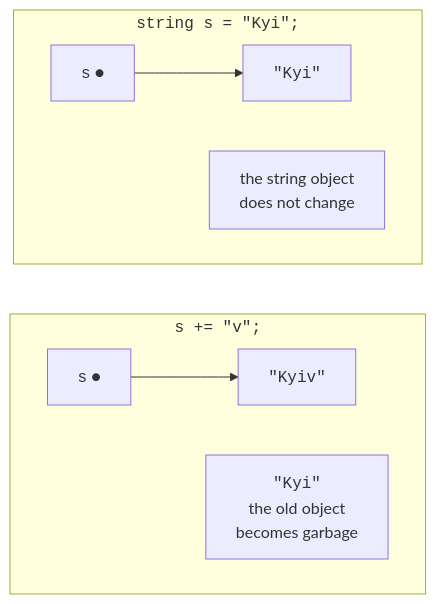
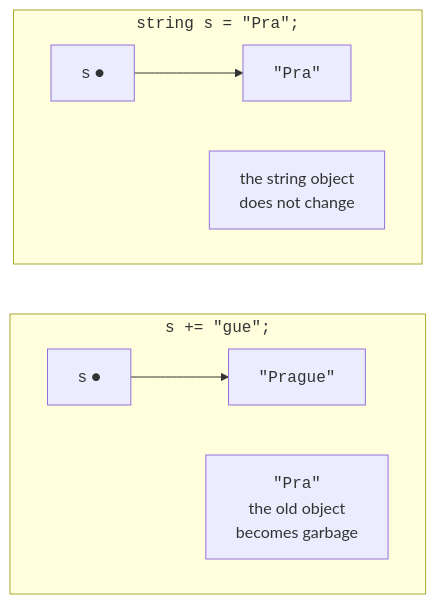
The diagram in src/courses/csharp/04-arrays-strings/strings.md (musicvano/Blog), drawn with Mermaid before and after one commit. The commit also changed other lines of this file and 533 other files, not shown here.

````diff
--- a/src/courses/csharp/04-arrays-strings/strings.md
+++ b/src/courses/csharp/04-arrays-strings/strings.md
@@ -19,14 +19,14 @@
 ```mermaid
 flowchart TB
-  subgraph BEFORE ["<code>string s = #quot;Kyi#quot;;</code>"]
+  subgraph BEFORE ["<code>string s = #quot;Pra#quot;;</code>"]
     direction LR
-    S1["<code>s</code>  ●"] --> K1["<code>#quot;Kyi#quot;</code>"]
+    S1["<code>s</code>  ●"] --> K1["<code>#quot;Pra#quot;</code>"]
     N1["the string object<br>does not change"]
   end
-  subgraph AFTER ["<code>s += #quot;v#quot;;</code>"]
+  subgraph AFTER ["<code>s += #quot;gue#quot;;</code>"]
     direction LR
-    S2["<code>s</code>  ●"] --> K2["<code>#quot;Kyiv#quot;</code>"]
-    OLD["<code>#quot;Kyi#quot;</code><br>the old object<br>becomes garbage"]
+    S2["<code>s</code>  ●"] --> K2["<code>#quot;Prague#quot;</code>"]
+    OLD["<code>#quot;Pra#quot;</code><br>the old object<br>becomes garbage"]
   end
   BEFORE ~~~ AFTER
 ```
````
